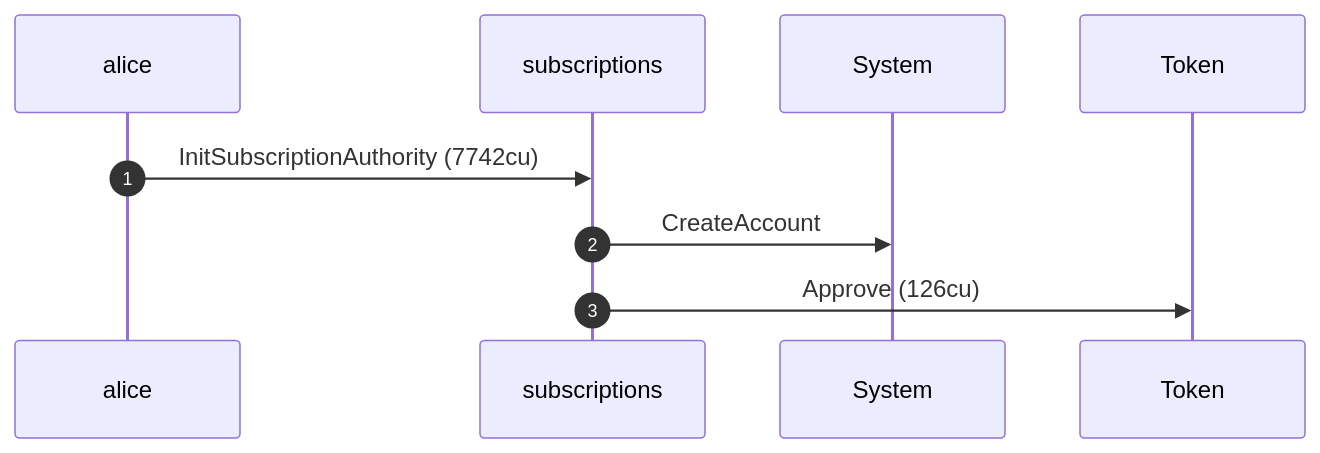
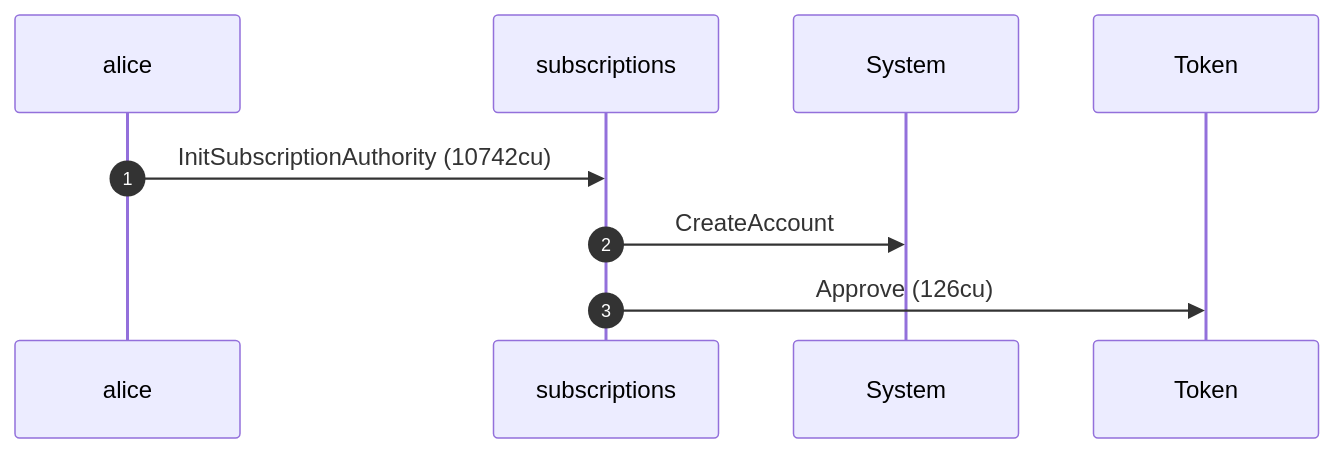
One commit to cds-rs/subscriptions changed the first of 4 diagrams in dsl_tests/reject-a-recurring-delegation-whose-start-exceeds-its-expiry.md. Above: the diagram before and after it, drawn with Mermaid. The commit also changed other lines of this file and 224 other files, not shown here.

````diff
--- a/dsl_tests/reject-a-recurring-delegation-whose-start-exceeds-its-expiry.md
+++ b/dsl_tests/reject-a-recurring-delegation-whose-start-exceeds-its-expiry.md
@@ -24,11 +25,11 @@
 ```mermaid
 sequenceDiagram
     autonumber
     participant alice
     participant subscriptions
     participant System
     participant Token
-    alice ->> subscriptions: InitSubscriptionAuthority (7742cu)
+    alice ->> subscriptions: InitSubscriptionAuthority (10742cu)
     subscriptions ->> System: CreateAccount
     subscriptions ->> Token: Approve (126cu)
 ```
````
